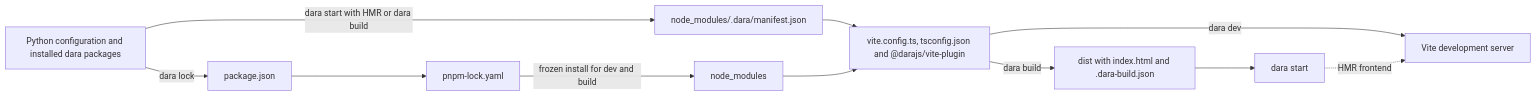
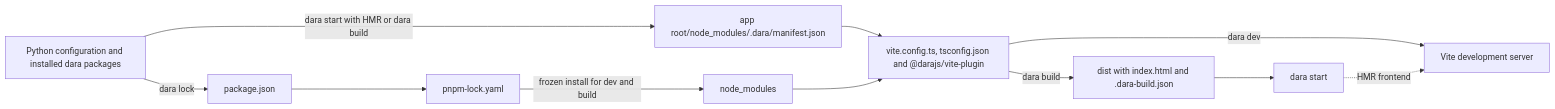
Before and after one commit to causalens/dara: the diagram in docs-internal/proposals/dara-js-build-redesign.md, drawn with Mermaid. The commit also changed other lines of this file, not shown here.

````diff
--- a/docs-internal/proposals/dara-js-build-redesign.md
+++ b/docs-internal/proposals/dara-js-build-redesign.md
@@ -152,21 +154,21 @@
 ```mermaid
 flowchart LR
     config["Python configuration and installed dara packages"]
     package["package.json"]
     lock["pnpm-lock.yaml"]
-    manifest["node_modules/.dara/manifest.json"]
+    manifest["app root/node_modules/.dara/manifest.json"]
     modules["node_modules"]
     vite["vite.config.ts, tsconfig.json and @darajs/vite-plugin"]
     dev["Vite development server"]
     dist["dist with index.html and .dara-build.json"]
     start["dara start"]
 
     config -->|"dara lock"| package --> lock
     lock -->|"frozen install for dev and build"| modules
     config -->|"dara start with HMR or dara build"| manifest
     manifest --> vite
     modules --> vite
     vite -->|"dara dev"| dev
     vite -->|"dara build"| dist --> start
     start -.->|"HMR frontend"| dev
 ```
````
